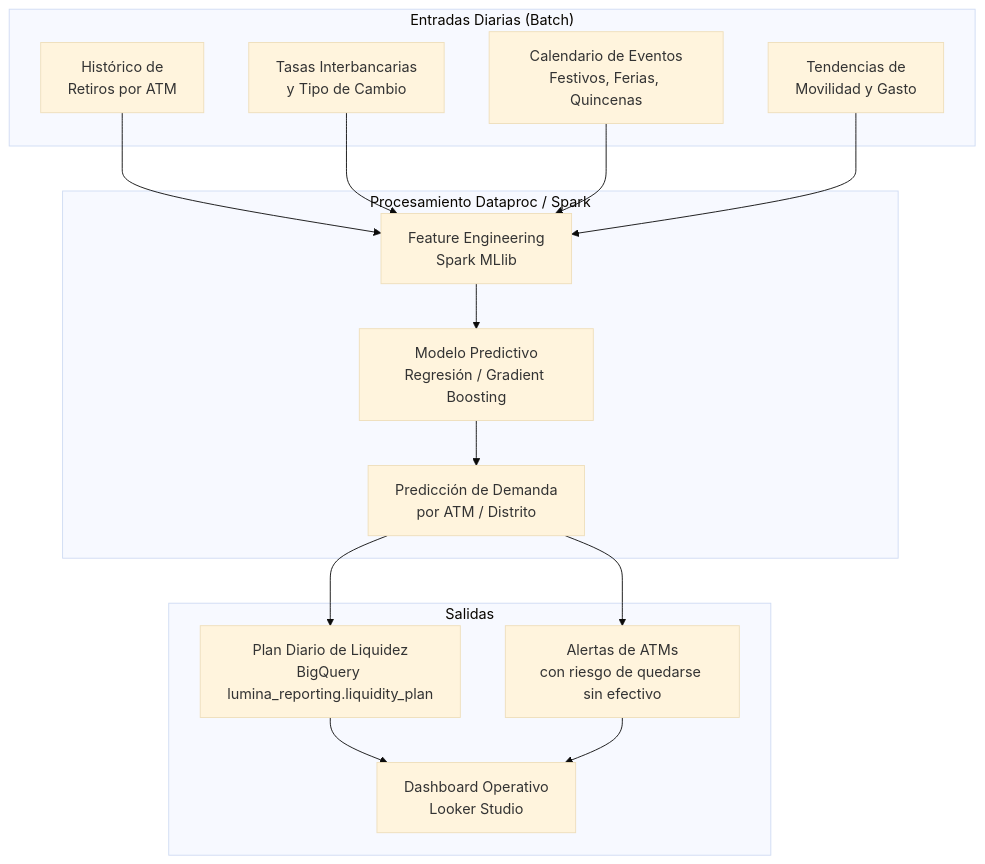
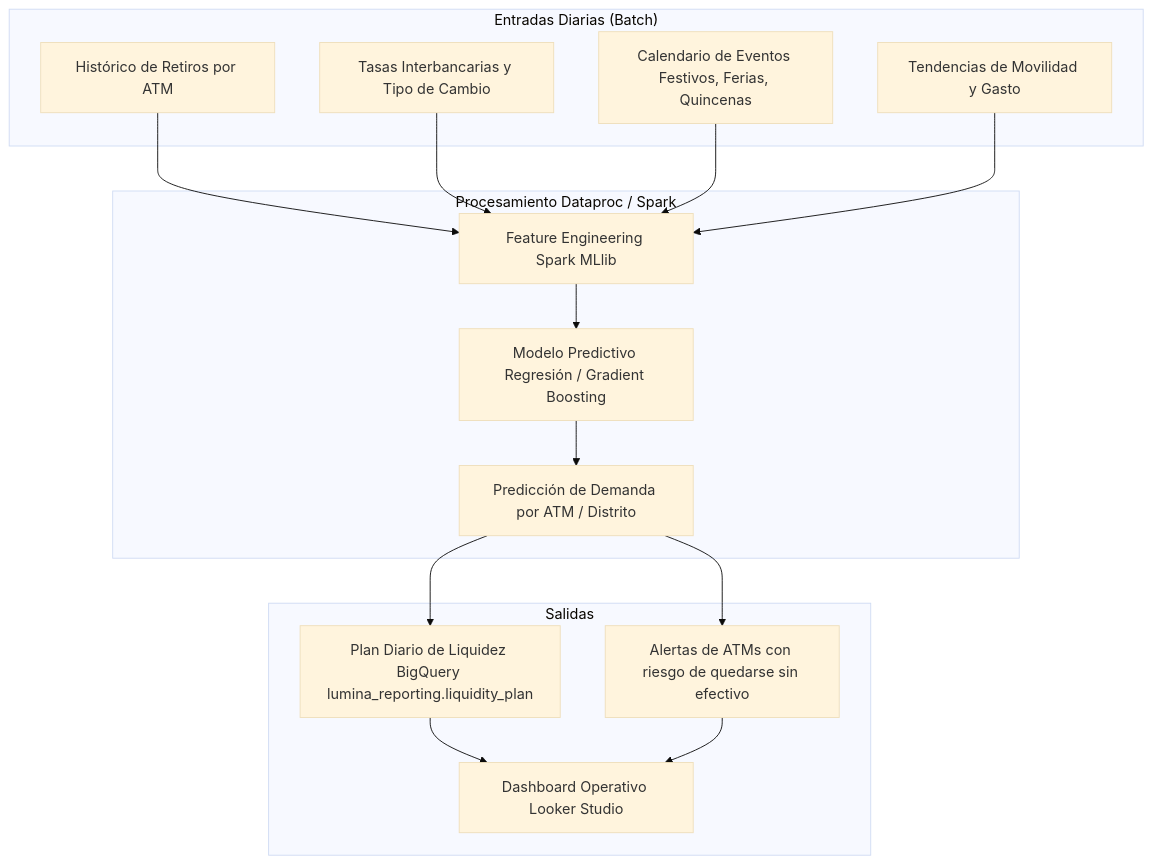
Before and after one commit to s110/Maestria: the seventh of 8 diagrams in 5_big_data/codigo/03_proyecto_financial_system_architecture/architecture.md, drawn with Mermaid (base theme). The commit also changed other lines of this file and 52 other files, not shown here.

````diff
--- a/5_big_data/codigo/03_proyecto_financial_system_architecture/architecture.md
+++ b/5_big_data/codigo/03_proyecto_financial_system_architecture/architecture.md
@@ -381,28 +381,28 @@
 ```mermaid
 flowchart TB
     subgraph INPUTS["Entradas Diarias (Batch)"]
-        HIST[Histórico de\nRetiros por ATM]
-        MARKET[Tasas Interbancarias\ny Tipo de Cambio]
-        CAL[Calendario de Eventos\nFestivos, Ferias, Quincenas]
-        TREND[Tendencias de\nMovilidad y Gasto]
+        HIST[Histórico de Retiros por ATM]
+        MARKET[Tasas Interbancarias y Tipo de Cambio]
+        CAL[Calendario de Eventos Festivos, Ferias, Quincenas]
+        TREND[Tendencias de Movilidad y Gasto]
     end
 
     subgraph PROC["Procesamiento Dataproc / Spark"]
-        FEAT[Feature Engineering\nSpark MLlib]
-        MODEL[Modelo Predictivo\nRegresión / Gradient Boosting]
-        PREDICT[Predicción de Demanda\npor ATM / Distrito]
+        FEAT[Feature Engineering Spark MLlib]
+        MODEL[Modelo Predictivo Regresión / Gradient Boosting]
+        PREDICT[Predicción de Demanda por ATM / Distrito]
     end
 
     subgraph OUTPUT["Salidas"]
-        PLAN[Plan Diario de Liquidez\nBigQuery lumina_reporting.liquidity_plan]
-        ALERT[Alertas de ATMs\ncon riesgo de quedarse sin efectivo]
-        DASHBOARD[Dashboard Operativo\nLooker Studio]
+        PLAN[Plan Diario de Liquidez BigQuery lumina_reporting.liquidity_plan]
+        ALERT[Alertas de ATMs con riesgo de quedarse sin efectivo]
+        DASHBOARD[Dashboard Operativo Looker Studio]
     end
 
     HIST & MARKET & CAL & TREND --> FEAT
     FEAT --> MODEL
     MODEL --> PREDICT
     PREDICT --> PLAN
     PREDICT --> ALERT
     PLAN & ALERT --> DASHBOARD
 ```
````
